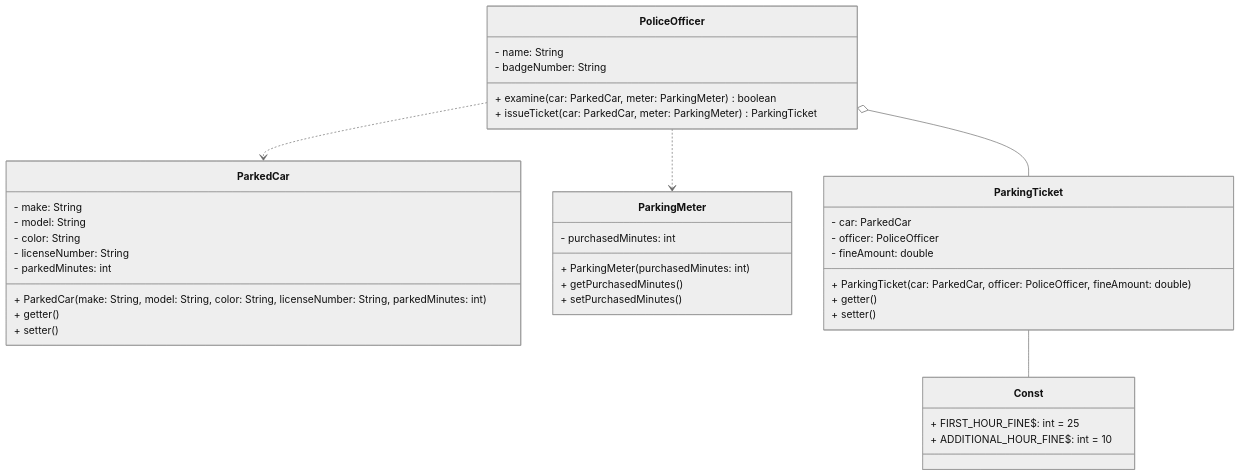
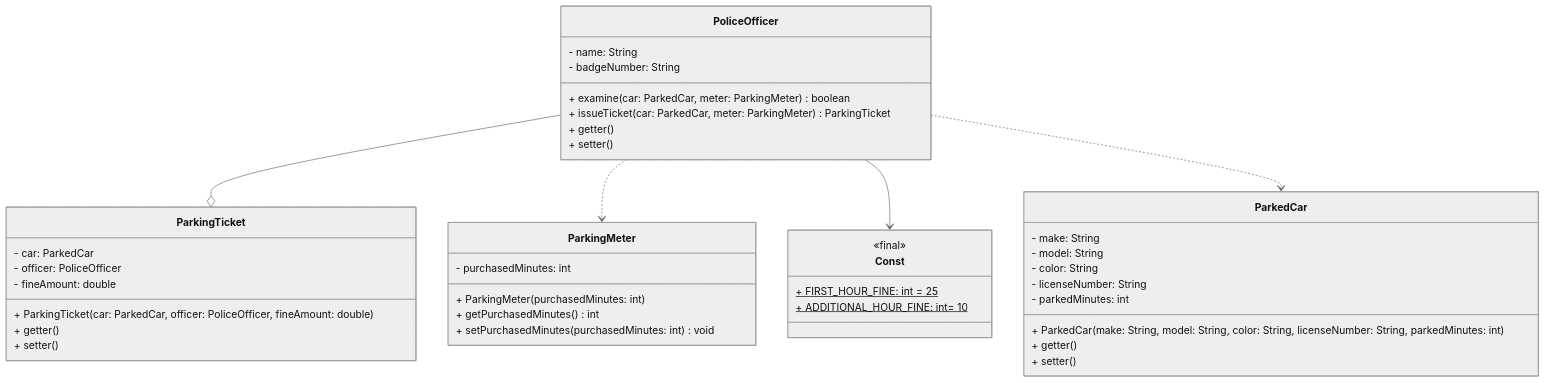
One commit to ngsang149dev/CIT-EIU changed the diagram in CSE203/lab3/2331200204_Nguyen Ba Minh Sang_lab3_problem5/2331200204_Nguyen Ba Minh Sang_lab3_problem5.mmd. Above: the diagram before and after it, drawn with Mermaid (neutral theme). The commit also changed 60 other files, not shown here.

```diff
--- a/CSE203/lab3/2331200204_Nguyen Ba Minh Sang_lab3_problem5/2331200204_Nguyen Ba Minh Sang_lab3_problem5.mmd
+++ b/CSE203/lab3/2331200204_Nguyen Ba Minh Sang_lab3_problem5/2331200204_Nguyen Ba Minh Sang_lab3_problem5.mmd
@@ -1,46 +1,49 @@
 classDiagram
     class ParkedCar {
         - make: String
         - model: String
         - color: String
         - licenseNumber: String
         - parkedMinutes: int
 
         + ParkedCar(make: String, model: String, color: String, licenseNumber: String, parkedMinutes: int)
         + getter()
         + setter()
     }
 
     class ParkingMeter {
         - purchasedMinutes: int 
         + ParkingMeter(purchasedMinutes: int)
-        + getPurchasedMinutes()
-        + setPurchasedMinutes()
+        + getPurchasedMinutes() int
+        + setPurchasedMinutes(purchasedMinutes: int) void
     }
 
     class ParkingTicket {
         - car: ParkedCar
         - officer: PoliceOfficer
         - fineAmount: double 
 
         + ParkingTicket(car: ParkedCar, officer: PoliceOfficer, fineAmount: double)
         + getter()
         + setter()
     }
 
     class PoliceOfficer {
         - name: String
         - badgeNumber: String
         + examine(car: ParkedCar, meter: ParkingMeter) boolean
         + issueTicket(car: ParkedCar, meter: ParkingMeter) ParkingTicket
+        + getter()
+        + setter()
     }
 
     class Const {
-        + FIRST_HOUR_FINE$: int = 25
-        + ADDITIONAL_HOUR_FINE$: int = 10
+        <<final>>
+        + FIRST_HOUR_FINE: int = 25$
+        + ADDITIONAL_HOUR_FINE: int= 10$
     }
 
-    PoliceOfficer o-- ParkingTicket
+    PoliceOfficer --o ParkingTicket
     PoliceOfficer ..> ParkingMeter
-    ParkingTicket -- Const
+    PoliceOfficer --> Const
     PoliceOfficer ..> ParkedCar
```
